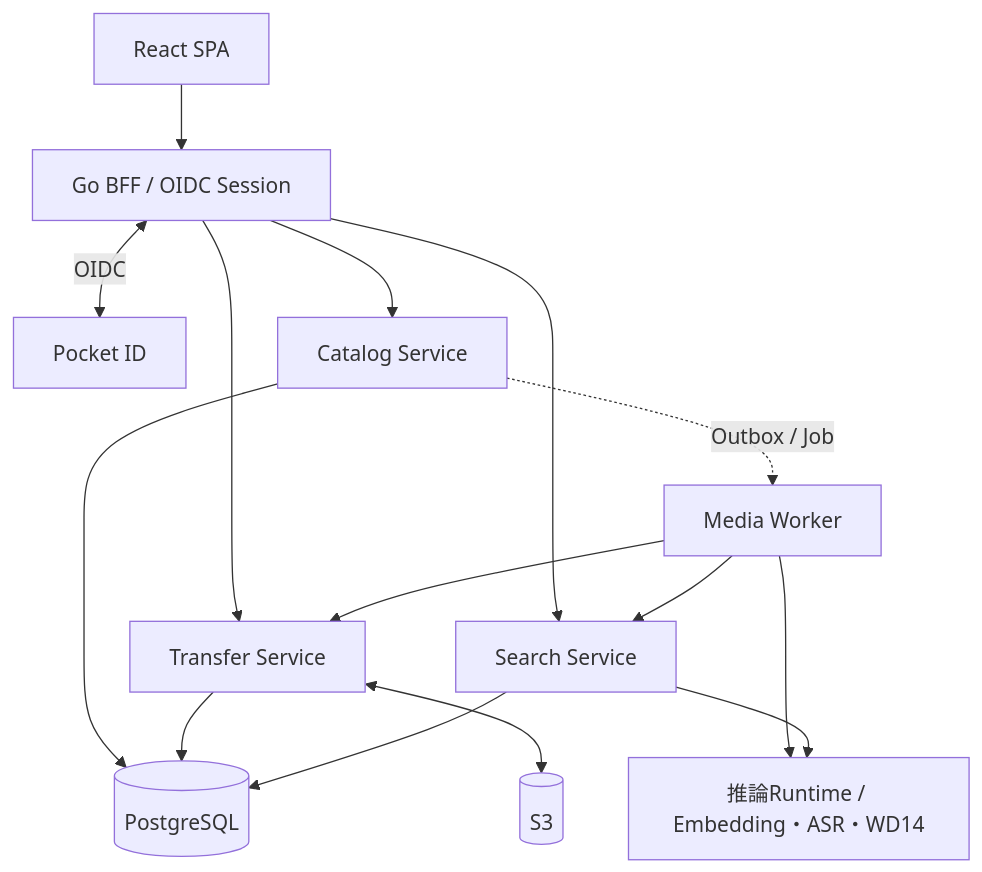
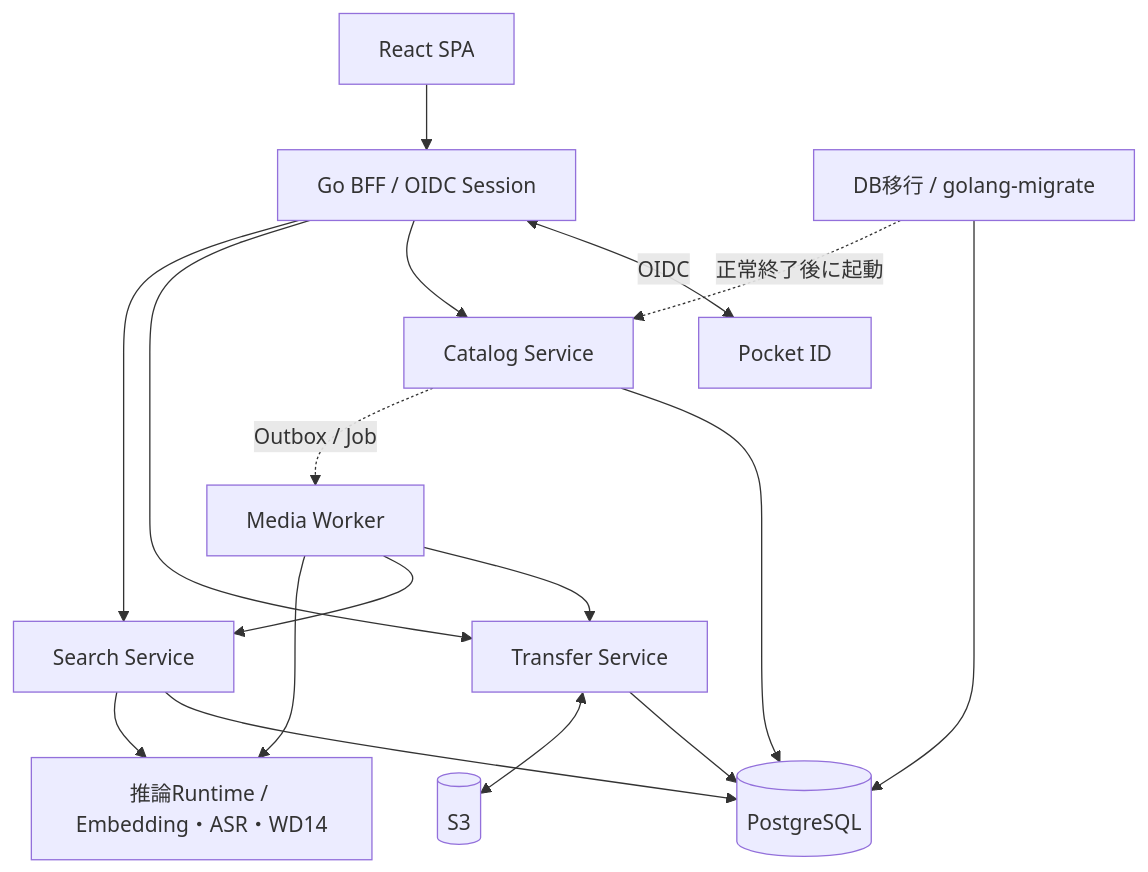
The first of 4 diagrams in media-storage-spec-v2.md (usbharu/ocms), drawn with Mermaid before and after one commit. The commit also changed other lines of this file and 20 other files, not shown here.

Commit message:
feat: run database upgrades with golang-migrate

````diff
--- a/media-storage-spec-v2.md
+++ b/media-storage-spec-v2.md
@@ -67,19 +67,21 @@
 ```mermaid
 flowchart TB
     SPA[React SPA] --> BFF[Go BFF / OIDC Session]
     BFF <-->|OIDC| IDP[Pocket ID]
     BFF --> CAT[Catalog Service]
     BFF --> XFER[Transfer Service]
     BFF --> SRCH[Search Service]
 
     CAT --> PG[(PostgreSQL)]
+    MIG[DB移行 / golang-migrate] --> PG
+    MIG -. 正常終了後に起動 .-> CAT
     XFER --> PG
     SRCH --> PG
     XFER <--> S3[(S3)]
 
     CAT -. Outbox / Job .-> WORK[Media Worker]
     WORK --> XFER
     WORK --> SRCH
     WORK --> INF[推論Runtime / Embedding・ASR・WD14]
     SRCH --> INF
 ```
````
